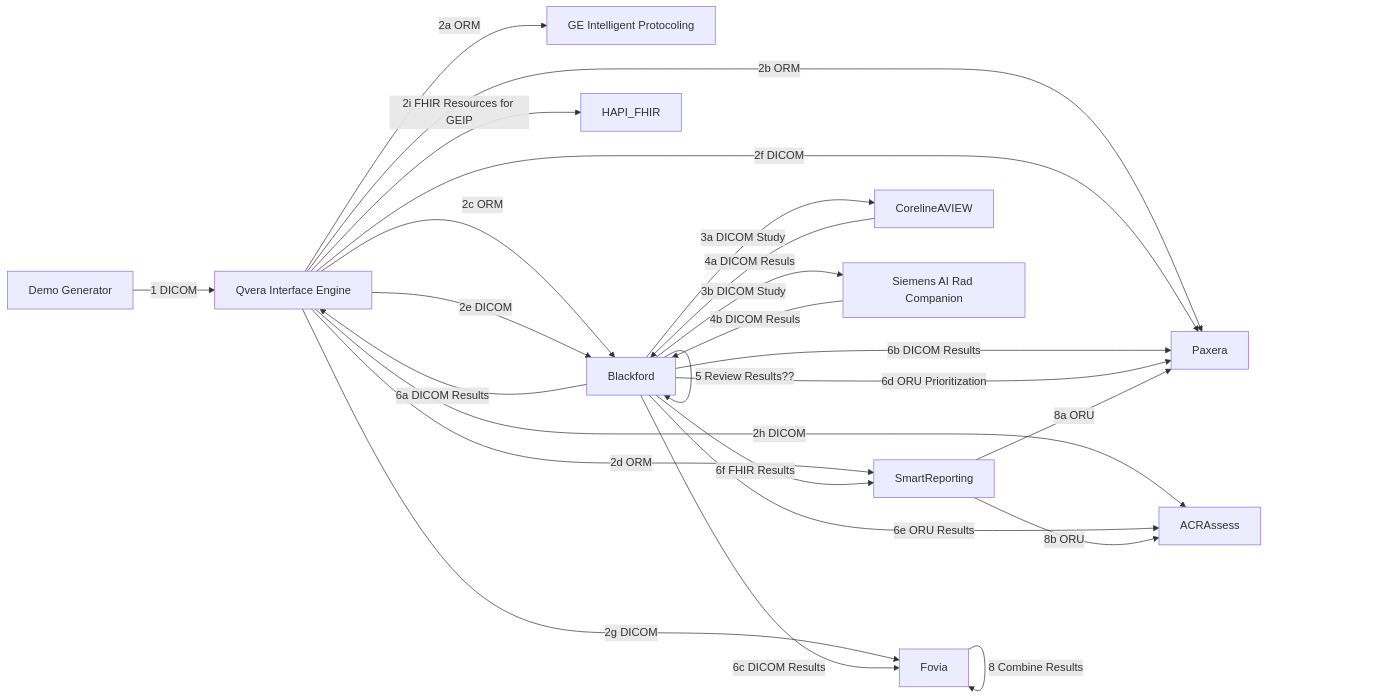
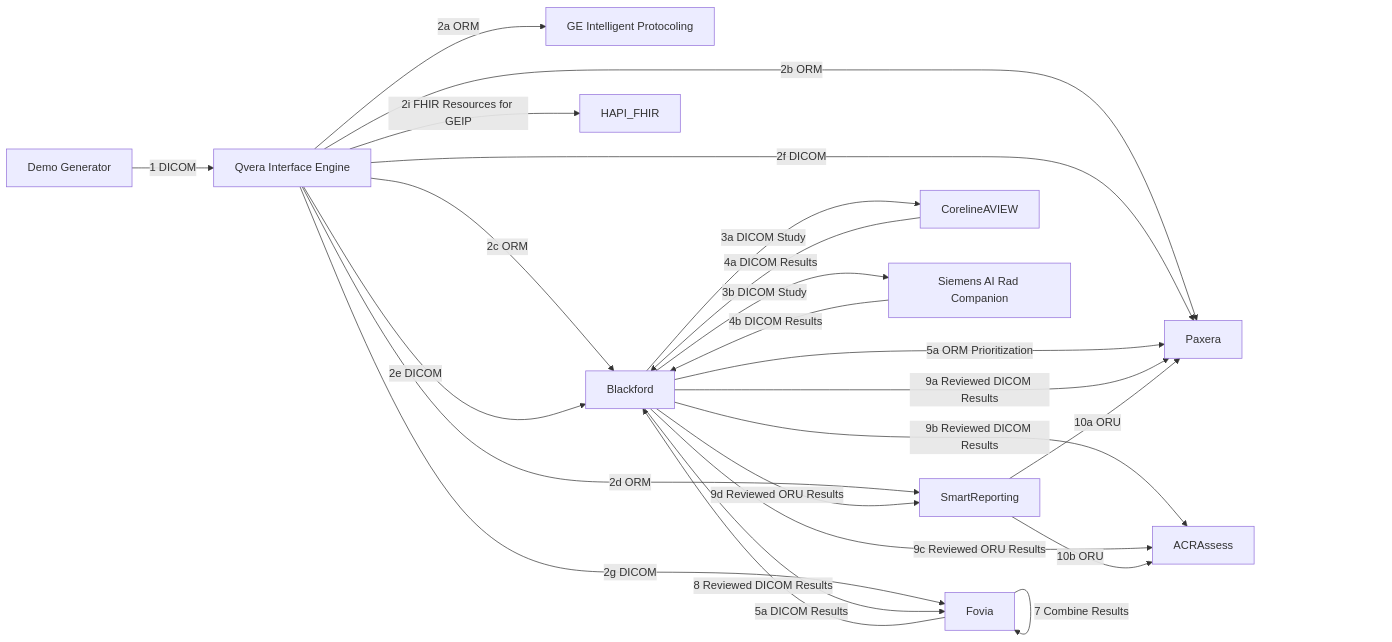
The diagram in cormack-chest-ct.md (amadeuspzs/rsna-rr-demo-diagrams), drawn with Mermaid before and after one commit.

Commit message:
Update cormack-chest-ct.md based on feedback from Blackform

````diff
--- a/cormack-chest-ct.md
+++ b/cormack-chest-ct.md
@@ -4,41 +4,41 @@
 ```mermaid
 flowchart LR
     Generator[Demo Generator] --> |1 DICOM| QveraIE[Qvera Interface Engine]
-
+ 
     QveraIE --> |2a ORM| GEIP[GE Intelligent Protocoling]
     QveraIE --> |2b ORM| Paxera
     QveraIE --> |2c ORM| Blackford
     QveraIE --> |2d ORM| SmartReporting
     QveraIE --> |2e DICOM| Blackford
     QveraIE --> |2f DICOM| Paxera
     QveraIE --> |2g DICOM| Fovia
-    QveraIE --> |2h DICOM| ACRAssess
     QveraIE --> |2i FHIR Resources for GEIP| HAPI_FHIR
-
+ 
     Blackford --> |3a DICOM Study| CorelineAVIEW
     Blackford --> |3b DICOM Study| SiemensAIRC[Siemens AI Rad Companion]
-
-    CorelineAVIEW --> |4a DICOM Resuls| Blackford
-    SiemensAIRC --> |4b DICOM Resuls| Blackford
-
-    %% If Blackford has a good viewer. Maybe we review one study in their viewer? 
-    Blackford --> |5 Review Results??| Blackford
-
-    Blackford --> |6a DICOM Results| QveraIE
-    Blackford --> |6b DICOM Results| Paxera
-    Blackford --> |6c DICOM Results| Fovia
-    Blackford --> |6d ORU Prioritization| Paxera
-    Blackford --> |6e ORU Results| ACRAssess
-    Blackford --> |6f FHIR Results| SmartReporting
-    
-    %% Will we modify the results and broadcast the updated version? Opporunity for AIRA
-    %% TODO: Check whether updated results are sent to Blackford or Qvera
-    Fovia --> |7 Review Results| Fovia
-
+ 
+    CorelineAVIEW --> |4a DICOM Results| Blackford
+    SiemensAIRC --> |4b DICOM Results| Blackford
+ 
+    %% As result data needs to be reviewed, it should only send to Fovia for review
+    Blackford --> |5a DICOM Results| Fovia
+    Blackford --> |5a ORM Prioritization| Paxera
+   
+    Fovia --> |6 Review Results| Fovia
+ 
     %% Results combining to happen in Fovia
-    Fovia --> |8 Combine Results| Fovia
-    
-    SmartReporting --> |8a ORU| Paxera
+    Fovia --> |7 Combine Results| Fovia
+   
+    %% return results
+    Fovia --> |8 Reviewed DICOM Results| Blackford
+ 
+    %% distribute results
+    Blackford --> |9a Reviewed DICOM Results| Paxera
+    Blackford --> |9b Reviewed DICOM Results| ACRAssess
+    Blackford --> |9c Reviewed ORU Results| ACRAssess
+    Blackford --> |9d Reviewed ORU Results| SmartReporting
+ 
+    SmartReporting --> |10a ORU| Paxera
     %% Can we do this over FHIR?!?
-    SmartReporting --> |8b ORU| ACRAssess
+    SmartReporting --> |10b ORU| ACRAssess
 ```
````
